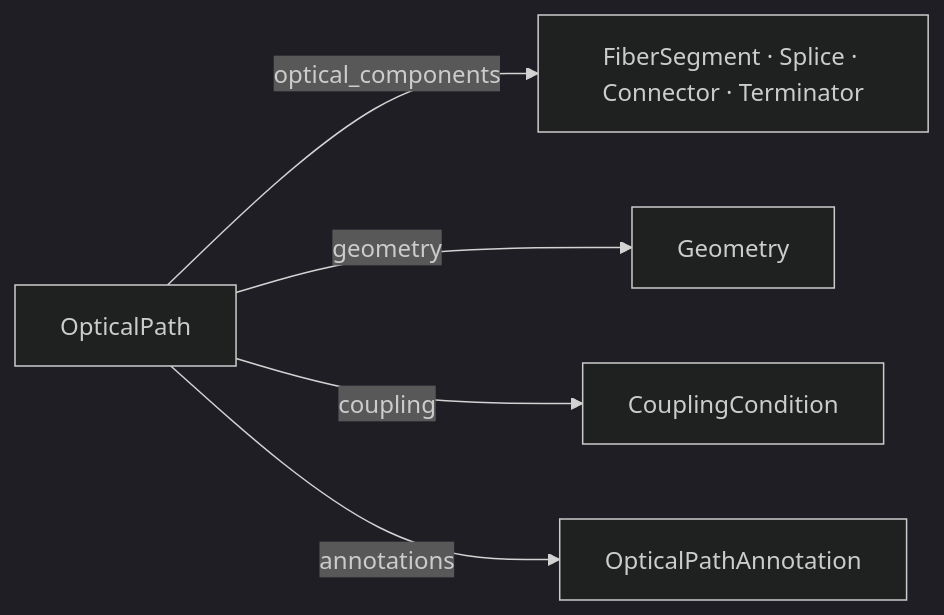
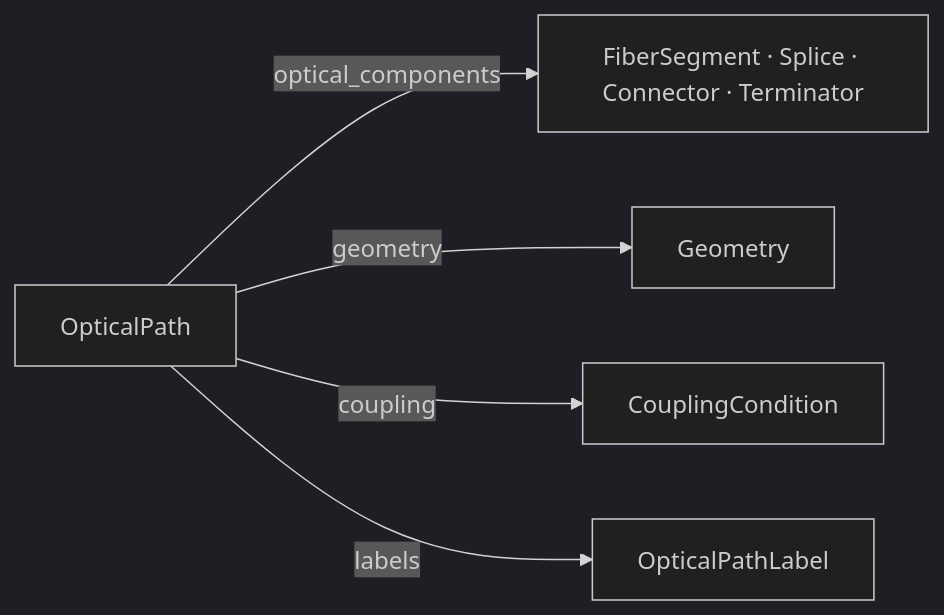
Before and after one commit to DASDAE/dascore: the second of 3 diagrams in docs/tutorial/inventory.qmd, drawn with Mermaid (dark theme). The commit also changed other lines of this file and 15 other files, not shown here.

First line of the commit message:
Call an inventory's interval notes labels, not annotations

````diff
--- a/docs/tutorial/inventory.qmd
+++ b/docs/tutorial/inventory.qmd
@@ -31,7 +31,7 @@
 ```{mermaid}
 flowchart LR
   OpticalPath -->|optical_components| Components["FiberSegment · Splice · Connector · Terminator"]
   OpticalPath -->|geometry| Geometry
   OpticalPath -->|coupling| CouplingCondition
-  OpticalPath -->|annotations| OpticalPathAnnotation
+  OpticalPath -->|labels| OpticalPathLabel
 ```
````
